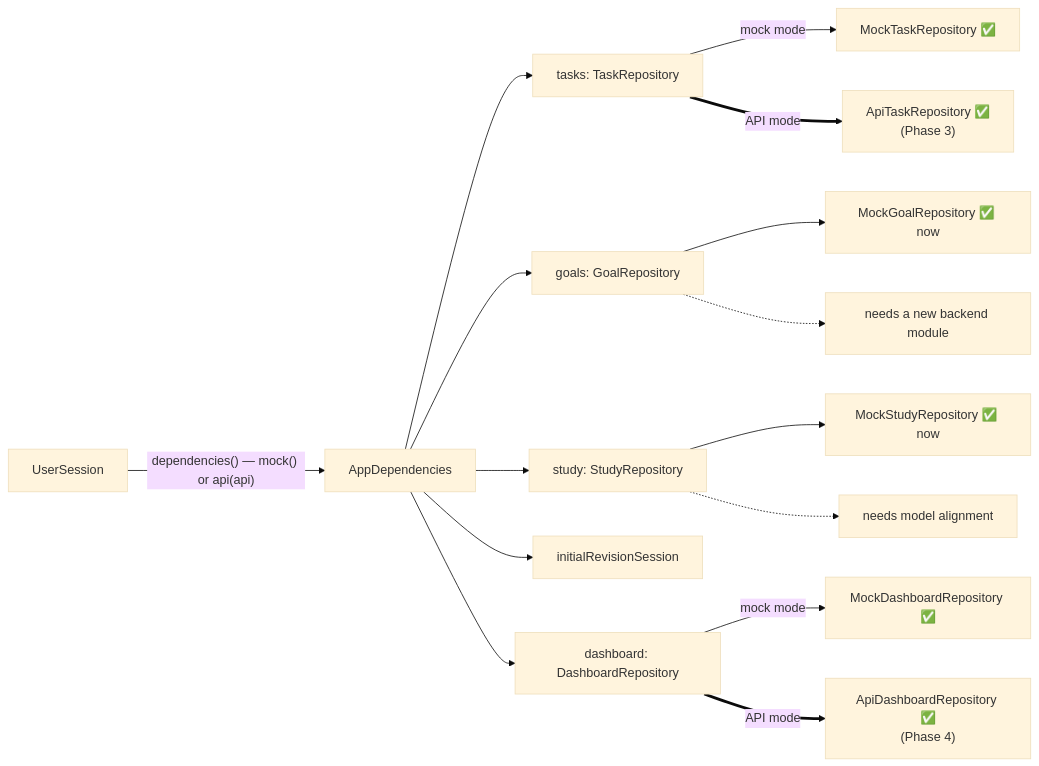
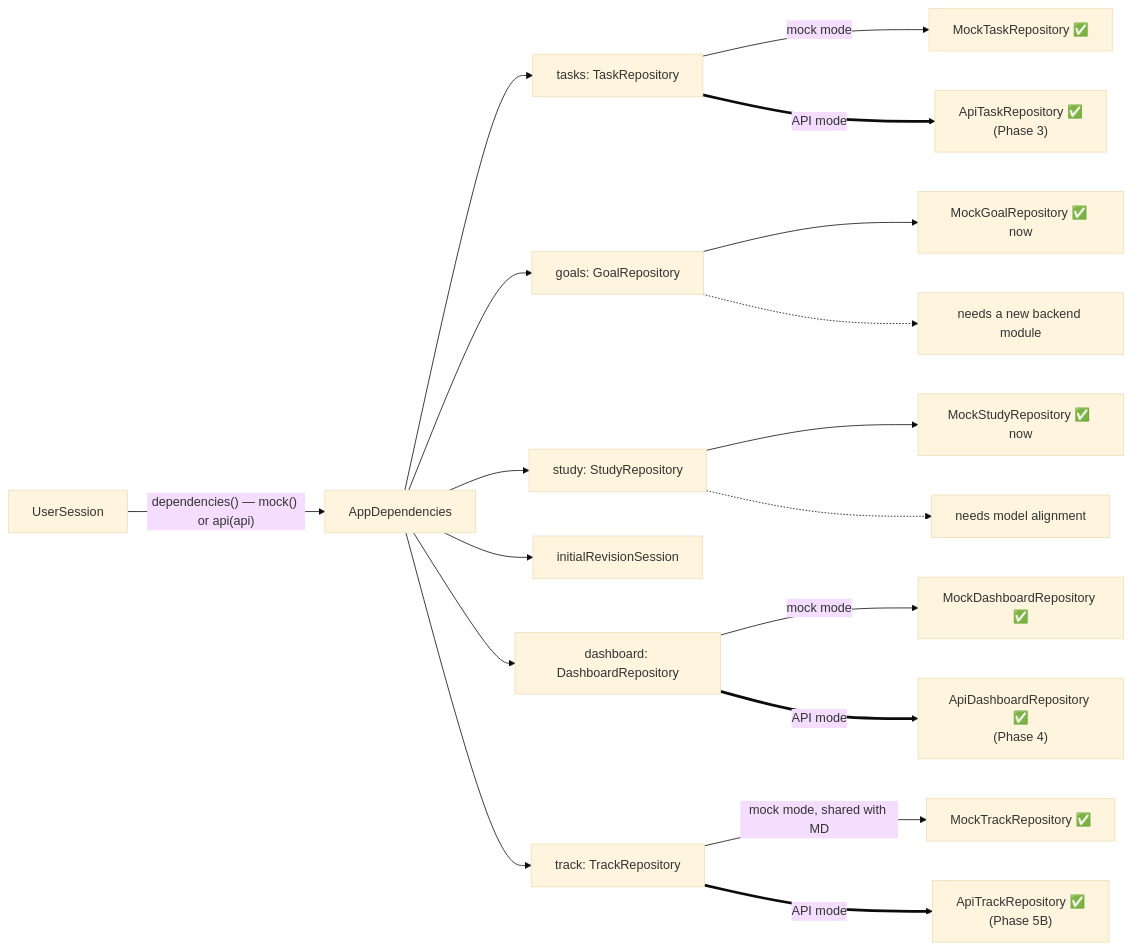
Before and after one commit to Gaoher-1207/omnia: the diagram in docs/omnia-vault/Architecture/Repository Pattern.md, drawn with Mermaid (base theme). The commit also changed other lines of this file and 33 other files, not shown here.

````diff
--- a/docs/omnia-vault/Architecture/Repository Pattern.md
+++ b/docs/omnia-vault/Architecture/Repository Pattern.md
@@ -34,17 +35,20 @@
 ```mermaid
 flowchart LR
     US["UserSession"] -->|"dependencies() — mock() or api(api)"| AD["AppDependencies"]
     AD --> T["tasks: TaskRepository"]
     AD --> G["goals: GoalRepository"]
     AD --> S["study: StudyRepository"]
     AD --> IR["initialRevisionSession"]
     AD --> D["dashboard: DashboardRepository"]
     D -->|mock mode| MD["MockDashboardRepository ✅"]
     D ==>|API mode| ADR["ApiDashboardRepository ✅<br/>(Phase 4)"]
+    AD --> TK["track: TrackRepository"]
+    TK -->|mock mode, shared with MD| MT2["MockTrackRepository ✅"]
+    TK ==>|API mode| AT2["ApiTrackRepository ✅<br/>(Phase 5B)"]
     T -->|mock mode| MT["MockTaskRepository ✅"]
     T ==>|API mode| AT["ApiTaskRepository ✅<br/>(Phase 3)"]
     G --> MG["MockGoalRepository ✅ now"]
     G -.-> AG["needs a new backend module"]
     S --> MS["MockStudyRepository ✅ now"]
     S -.-> ASR["needs model alignment"]
 ```
````
